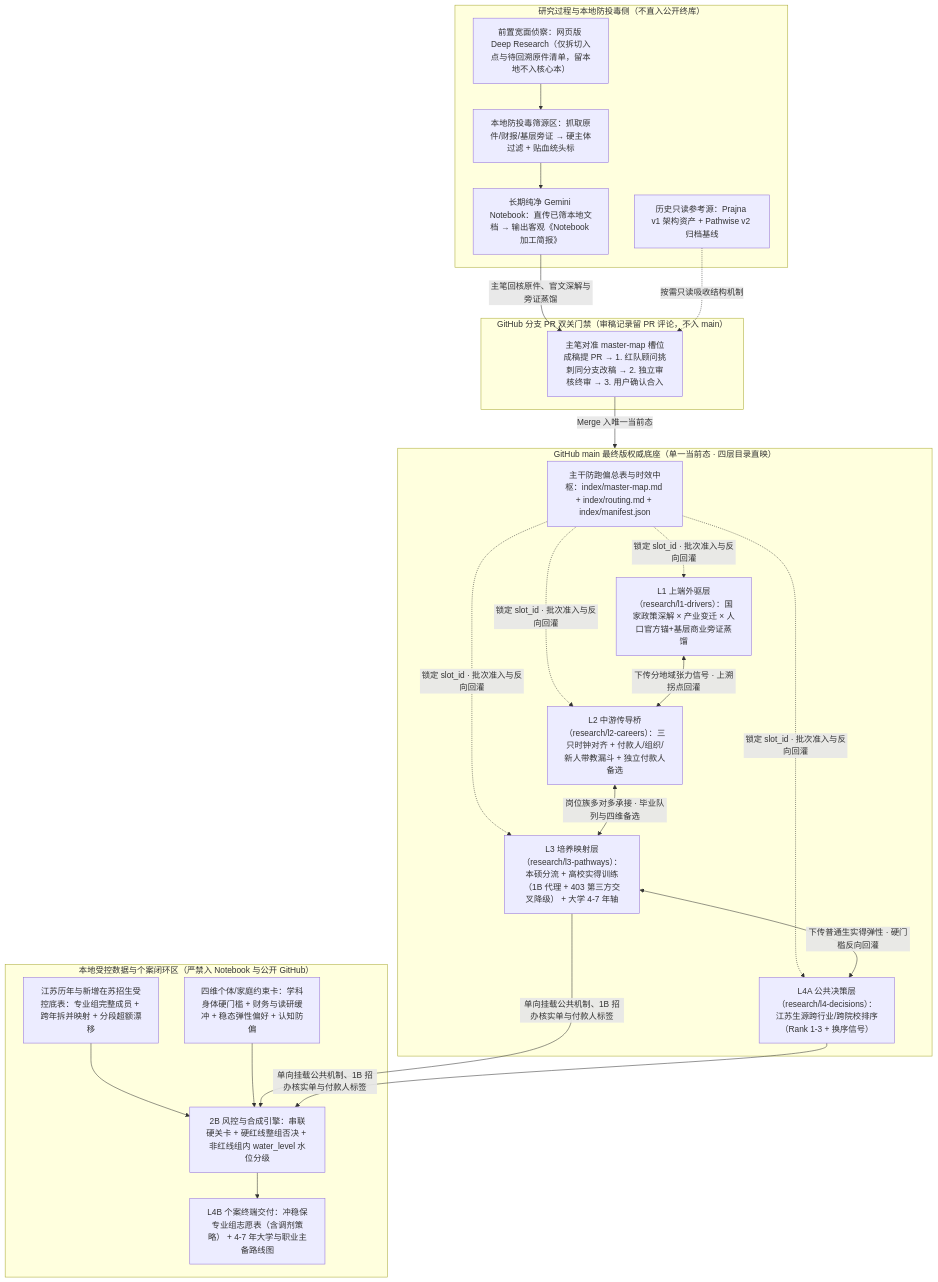
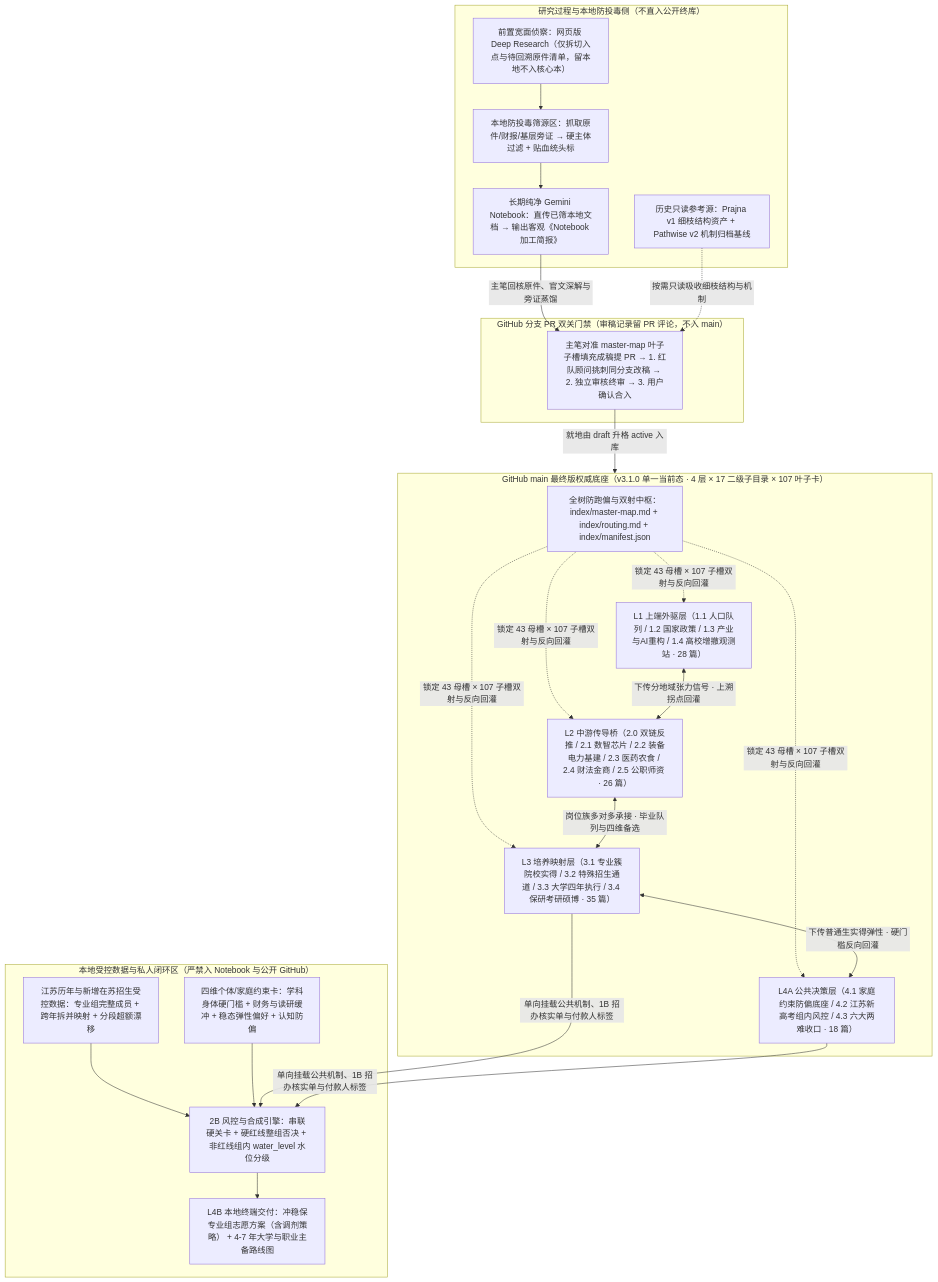
The first of 3 diagrams in docs/architecture-v3.md (mythpan1/pathwise-research), drawn with Mermaid before and after one commit. The commit also changed other lines of this file and 141 other files, not shown here.

First line of the commit message:
feat: expand Pathwise v3.1.0 three-level tree and 107 draft outline cards

````diff
--- a/docs/architecture-v3.md
+++ b/docs/architecture-v3.md
@@ -13,41 +13,41 @@
 ```mermaid
 flowchart TB
     subgraph WORKBENCH["研究过程与本地防投毒侧（不直入公开终库）"]
         DR["前置宽面侦察：网页版 Deep Research（仅拆切入点与待回溯原件清单，留本地不入核心本）"]
         RAW["本地防投毒筛源区：抓取原件/财报/基层旁证 → 硬主体过滤 + 贴血统头标"]
         NB["长期纯净 Gemini Notebook：直传已筛本地文档 → 输出客观《Notebook 加工简报》"]
-        HIST["历史只读参考源：Prajna v1 架构资产 + Pathwise v2 归档基线"]
+        HIST["历史只读参考源：Prajna v1 细枝结构资产 + Pathwise v2 机制归档基线"]
         DR --> RAW --> NB
     end
 
     subgraph PR_GATE["GitHub 分支 PR 双关门禁（审稿记录留 PR 评论，不入 main）"]
-        PR["主笔对准 master-map 槽位成稿提 PR → 1. 红队顾问挑刺同分支改稿 → 2. 独立审核终审 → 3. 用户确认合入"]
+        PR["主笔对准 master-map 叶子子槽填充成稿提 PR → 1. 红队顾问挑刺同分支改稿 → 2. 独立审核终审 → 3. 用户确认合入"]
     end
 
-    subgraph PUBLIC_REPO["GitHub main 最终版权威底座（单一当前态 · 四层目录直映）"]
-        MAP["主干防跑偏总表与时效中枢：index/master-map.md + index/routing.md + index/manifest.json"]
-        L1["L1 上端外驱层（research/l1-drivers）：国家政策深解 × 产业变迁 × 人口官方锚+基层商业旁证蒸馏"]
-        L2["L2 中游传导桥（research/l2-careers）：三只时钟对齐 + 付款人/组织/新人带教漏斗 + 独立付款人备选"]
-        L3["L3 培养映射层（research/l3-pathways）：本硕分流 + 高校实得训练（1B 代理 + 403 第三方交叉降级） + 大学 4-7 年轴"]
-        L4P["L4A 公共决策层（research/l4-decisions）：江苏生源跨行业/跨院校排序（Rank 1-3 + 换序信号）"]
+    subgraph PUBLIC_REPO["GitHub main 最终版权威底座（v3.1.0 单一当前态 · 4 层 × 17 二级子目录 × 107 叶子卡）"]
+        MAP["全树防跑偏与双射中枢：index/master-map.md + index/routing.md + index/manifest.json"]
+        L1["L1 上端外驱层（1.1 人口队列 / 1.2 国家政策 / 1.3 产业与AI重构 / 1.4 高校增撤观测站 · 28 篇）"]
+        L2["L2 中游传导桥（2.0 双链反推 / 2.1 数智芯片 / 2.2 装备电力基建 / 2.3 医药农食 / 2.4 财法金商 / 2.5 公职师资 · 26 篇）"]
+        L3["L3 培养映射层（3.1 专业簇院校实得 / 3.2 特殊招生通道 / 3.3 大学四年执行 / 3.4 保研考研硕博 · 35 篇）"]
+        L4P["L4A 公共决策层（4.1 家庭约束防偏底座 / 4.2 江苏新高考组内风控 / 4.3 六大两难收口 · 18 篇）"]
 
-        MAP -.->|"锁定 slot_id · 批次准入与反向回灌"| L1 & L2 & L3 & L4P
+        MAP -.->|"锁定 43 母槽 × 107 子槽双射与反向回灌"| L1 & L2 & L3 & L4P
         L1 <-->|"下传分地域张力信号 · 上溯拐点回灌"| L2
         L2 <-->|"岗位族多对多承接 · 毕业队列与四维备选"| L3
         L3 <-->|"下传普通生实得弹性 · 硬门槛反向回灌"| L4P
     end
 
-    subgraph LOCAL_CTRL["本地受控数据与个案闭环区（严禁入 Notebook 与公开 GitHub）"]
-        DB["江苏历年与新增在苏招生受控底表：专业组完整成员 + 跨年拆并映射 + 分段超额漂移"]
+    subgraph LOCAL_CTRL["本地受控数据与私人闭环区（严禁入 Notebook 与公开 GitHub）"]
+        DB["江苏历年与新增在苏招生受控数据：专业组完整成员 + 跨年拆并映射 + 分段超额漂移"]
         PROF["四维个体/家庭约束卡：学科身体硬门槛 + 财务与读研缓冲 + 稳态弹性偏好 + 认知防偏"]
         ENG["2B 风控与合成引擎：串联硬关卡 + 硬红线整组否决 + 非红线组内 water_level 水位分级"]
-        L4C["L4B 个案终端交付：冲稳保专业组志愿表（含调剂策略） + 4-7 年大学与职业主备路线图"]
+        L4C["L4B 本地终端交付：冲稳保专业组志愿方案（含调剂策略） + 4-7 年大学与职业主备路线图"]
 
         DB & PROF --> ENG --> L4C
     end
 
     NB -->|"主笔回核原件、官文深解与旁证蒸馏"| PR
-    HIST -.->|"按需只读吸收结构机制"| PR
-    PR -->|"Merge 入唯一当前态"| PUBLIC_REPO
+    HIST -.->|"按需只读吸收细枝结构与机制"| PR
+    PR -->|"就地由 draft 升格 active 入库"| PUBLIC_REPO
     L3 & L4P -->|"单向挂载公共机制、1B 招办核实单与付款人标签"| ENG
 ```
````
